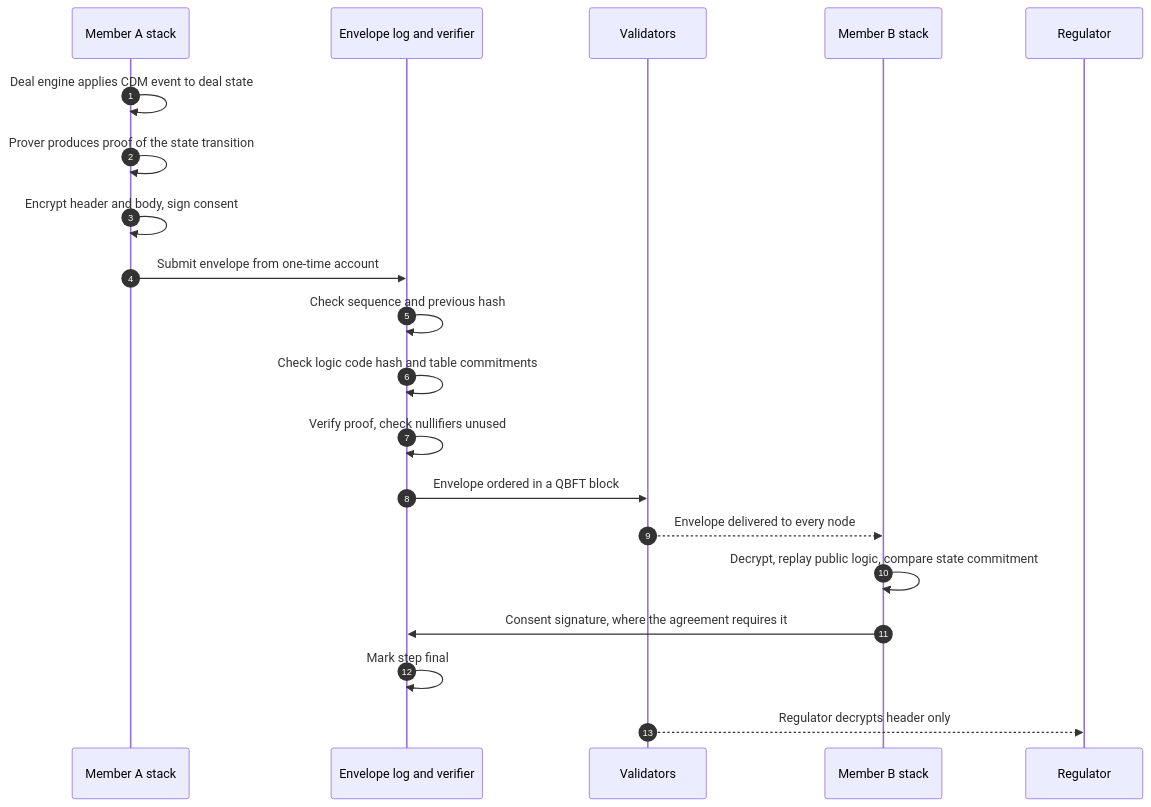
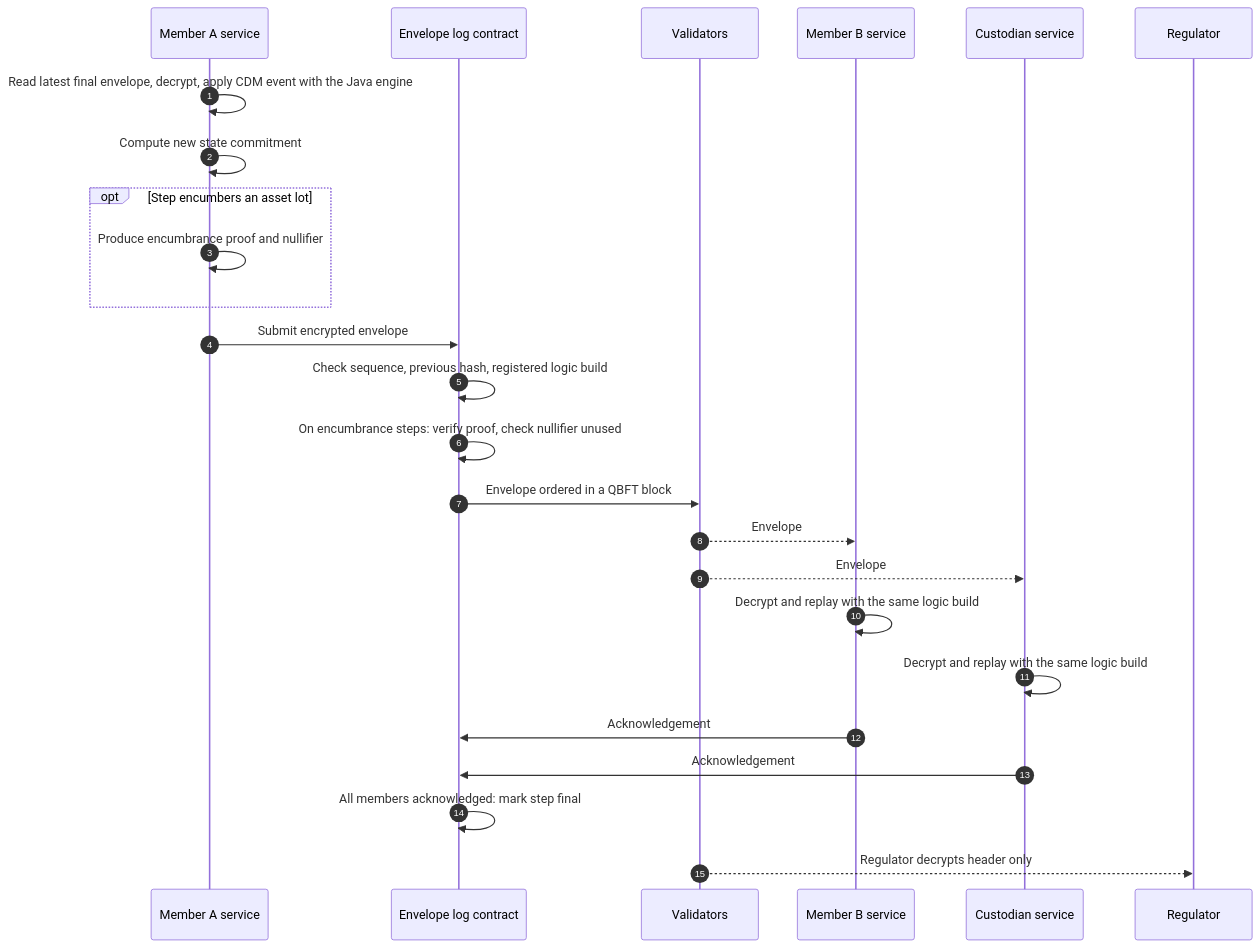
One commit to finos-hack/cdm-collateral changed the fifth of 9 diagrams in docs/architecture/onchain-privacy.md. Above: the diagram before and after it, drawn with Mermaid. The commit also changed other lines of this file, not shown here.

First line of the commit message:
docs: onchain-privacy revised to the selective-proof design

````diff
--- a/docs/architecture/onchain-privacy.md
+++ b/docs/architecture/onchain-privacy.md
@@ -409,23 +441,28 @@
 ```mermaid
 sequenceDiagram
   autonumber
-  participant A as Member A stack
-  participant C as Envelope log and verifier
+  participant A as Member A service
+  participant C as Envelope log contract
   participant V as Validators
-  participant B as Member B stack
+  participant B as Member B service
+  participant U as Custodian service
   participant R as Regulator
 
-  A->>A: Deal engine applies CDM event to deal state
-  A->>A: Prover produces proof of the state transition
-  A->>A: Encrypt header and body, sign consent
-  A->>C: Submit envelope from one-time account
-  C->>C: Check sequence and previous hash
-  C->>C: Check logic code hash and table commitments
-  C->>C: Verify proof, check nullifiers unused
+  A->>A: Read latest final envelope, decrypt, apply CDM event with the Java engine
+  A->>A: Compute new state commitment
+  opt Step encumbers an asset lot
+    A->>A: Produce encumbrance proof and nullifier
+  end
+  A->>C: Submit encrypted envelope
+  C->>C: Check sequence, previous hash, registered logic build
+  C->>C: On encumbrance steps: verify proof, check nullifier unused
   C->>V: Envelope ordered in a QBFT block
-  V-->>B: Envelope delivered to every node
-  B->>B: Decrypt, replay public logic, compare state commitment
-  B->>C: Consent signature, where the agreement requires it
-  C->>C: Mark step final
+  V-->>B: Envelope
+  V-->>U: Envelope
+  B->>B: Decrypt and replay with the same logic build
+  U->>U: Decrypt and replay with the same logic build
+  B->>C: Acknowledgement
+  U->>C: Acknowledgement
+  C->>C: All members acknowledged: mark step final
   V-->>R: Regulator decrypts header only
 ```
````
